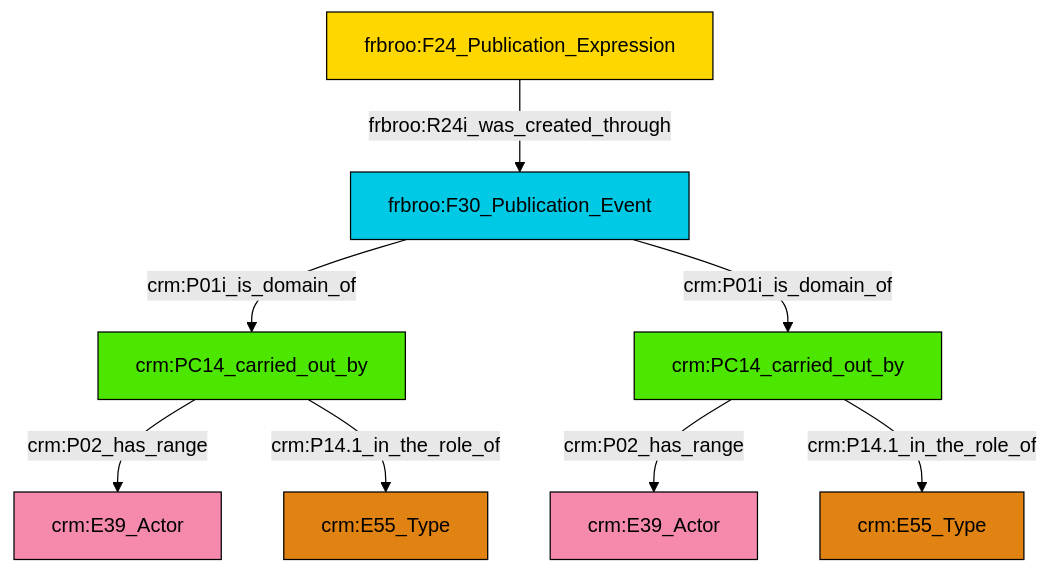
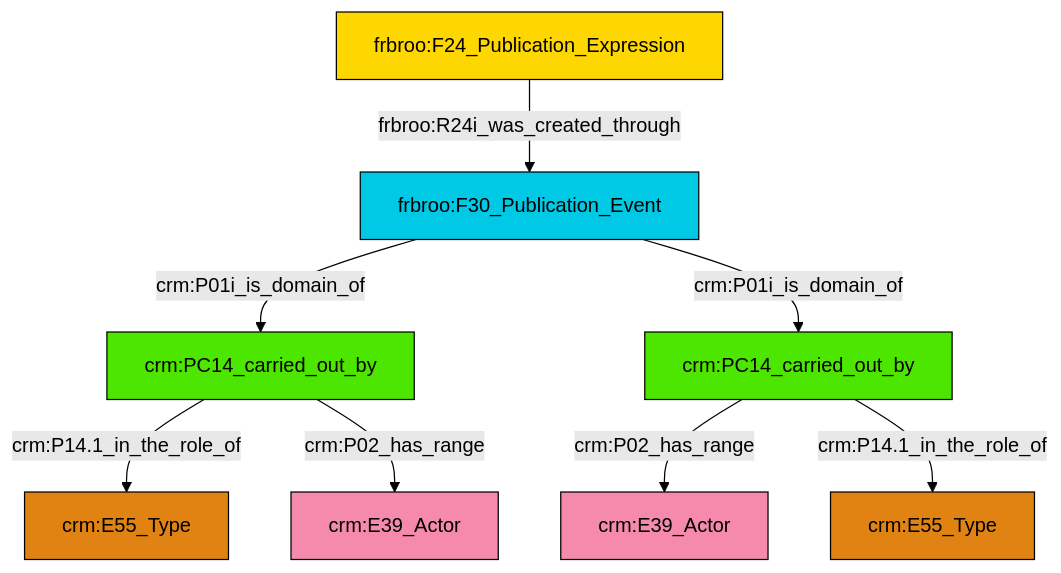
Before and after one commit to swiss-art-research-net/docs.swissartresearch: the diagram in et/biblioCSV/ttl/mmd/biblio_actor_relations.ttl.mmd, drawn with Mermaid (forest theme). The commit also changed 177 other files, not shown here.

```diff
--- a/et/biblioCSV/ttl/mmd/biblio_actor_relations.ttl.mmd
+++ b/et/biblioCSV/ttl/mmd/biblio_actor_relations.ttl.mmd
@@ -1,22 +1,22 @@
 graph TD
 classDef Literal fill:#f2f2f2,stroke:#000000;
 classDef CRM_Entity fill:#FFFFFF,stroke:#000000;
 classDef Temporal_Entity fill:#00C9E6, stroke:#000000;
 classDef Type fill:#E18312, stroke:#000000;
 classDef Time-Span fill:#2C9C91, stroke:#000000;
 classDef Appellation fill:#FFEB7F, stroke:#000000;
 classDef Place fill:#008836, stroke:#000000;
 classDef Persistent_Item fill:#B266B2, stroke:#000000;
 classDef Conceptual_Object fill:#FFD700, stroke:#000000;
 classDef Physical_Thing fill:#D2B48C, stroke:#000000;
 classDef Actor fill:#f58aad, stroke:#000000;
 classDef PC_Classes fill:#4ce600, stroke:#000000;
 classDef Multi fill:#cccccc,stroke:#000000;
 
-0["crm:PC14_carried_out_by"]:::PC_Classes -->|crm:P02_has_range| 1["crm:E39_Actor"]:::Actor
+4["crm:PC14_carried_out_by"]:::PC_Classes -->|crm:P02_has_range| 5["crm:E39_Actor"]:::Actor
 2["frbroo:F30_Publication_Event"]:::Temporal_Entity -->|crm:P01i_is_domain_of| 0["crm:PC14_carried_out_by"]:::PC_Classes
-0["crm:PC14_carried_out_by"]:::PC_Classes -->|crm:P14.1_in_the_role_of| 8["crm:E55_Type"]:::Type
-4["crm:PC14_carried_out_by"]:::PC_Classes -->|crm:P02_has_range| 10["crm:E39_Actor"]:::Actor
-4["crm:PC14_carried_out_by"]:::PC_Classes -->|crm:P14.1_in_the_role_of| 6["crm:E55_Type"]:::Type
-12["frbroo:F24_Publication_Expression"]:::Conceptual_Object -->|frbroo:R24i_was_created_through| 2["frbroo:F30_Publication_Event"]:::Temporal_Entity
+0["crm:PC14_carried_out_by"]:::PC_Classes -->|crm:P14.1_in_the_role_of| 6["crm:E55_Type"]:::Type
+0["crm:PC14_carried_out_by"]:::PC_Classes -->|crm:P02_has_range| 9["crm:E39_Actor"]:::Actor
+11["frbroo:F24_Publication_Expression"]:::Conceptual_Object -->|frbroo:R24i_was_created_through| 2["frbroo:F30_Publication_Event"]:::Temporal_Entity
 2["frbroo:F30_Publication_Event"]:::Temporal_Entity -->|crm:P01i_is_domain_of| 4["crm:PC14_carried_out_by"]:::PC_Classes
+4["crm:PC14_carried_out_by"]:::PC_Classes -->|crm:P14.1_in_the_role_of| 14["crm:E55_Type"]:::Type
```
